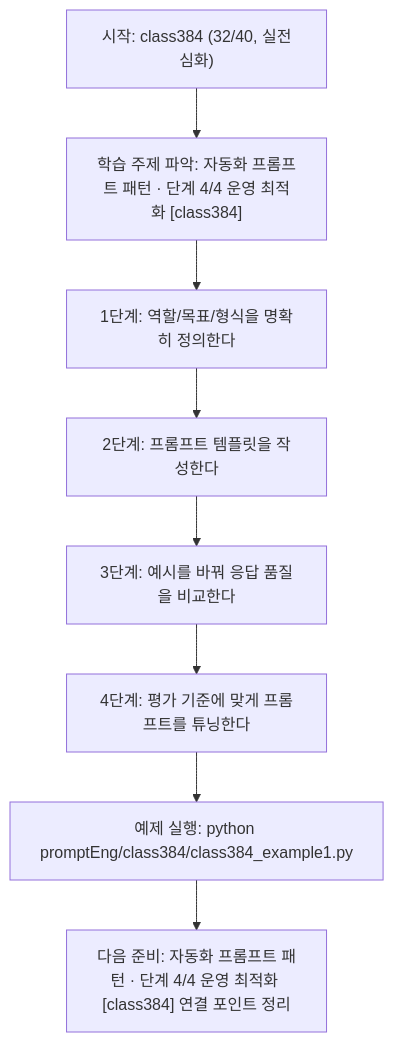
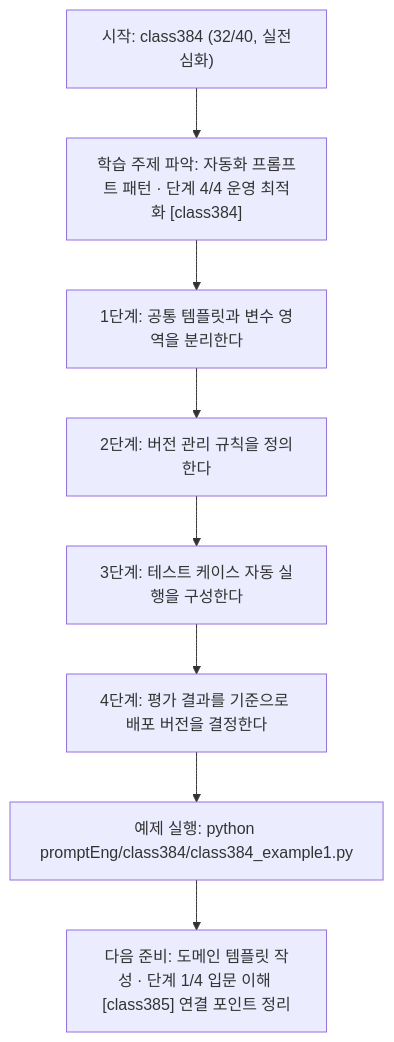
One commit to edumgt/Python-AI_Agent-Class changed the diagram in promptEng/class384/class384.md. Above: the diagram before and after it, drawn with Mermaid. The commit also changed other lines of this file and 283 other files, not shown here.

````diff
--- a/promptEng/class384/class384.md
+++ b/promptEng/class384/class384.md
@@ -110,18 +91,18 @@
 ```mermaid
 flowchart TD
 N1["시작: class384 (32/40, 실전심화)"]
 N2["학습 주제 파악: 자동화 프롬프트 패턴 · 단계 4/4 운영 최적화 [class384]"]
-N3["1단계: 역할/목표/형식을 명확히 정의한다"]
-N4["2단계: 프롬프트 템플릿을 작성한다"]
-N5["3단계: 예시를 바꿔 응답 품질을 비교한다"]
-N6["4단계: 평가 기준에 맞게 프롬프트를 튜닝한다"]
+N3["1단계: 공통 템플릿과 변수 영역을 분리한다"]
+N4["2단계: 버전 관리 규칙을 정의한다"]
+N5["3단계: 테스트 케이스 자동 실행을 구성한다"]
+N6["4단계: 평가 결과를 기준으로 배포 버전을 결정한다"]
 N7["예제 실행: python promptEng/class384/class384_example1.py"]
-N8["다음 준비: 자동화 프롬프트 패턴 · 단계 4/4 운영 최적화 [class384] 연결 포인트 정리"]
+N8["다음 준비: 도메인 템플릿 작성 · 단계 1/4 입문 이해 [class385] 연결 포인트 정리"]
 N1 --> N2
 N2 --> N3
 N3 --> N4
 N4 --> N5
 N5 --> N6
 N6 --> N7
 N7 --> N8
 ```
````
